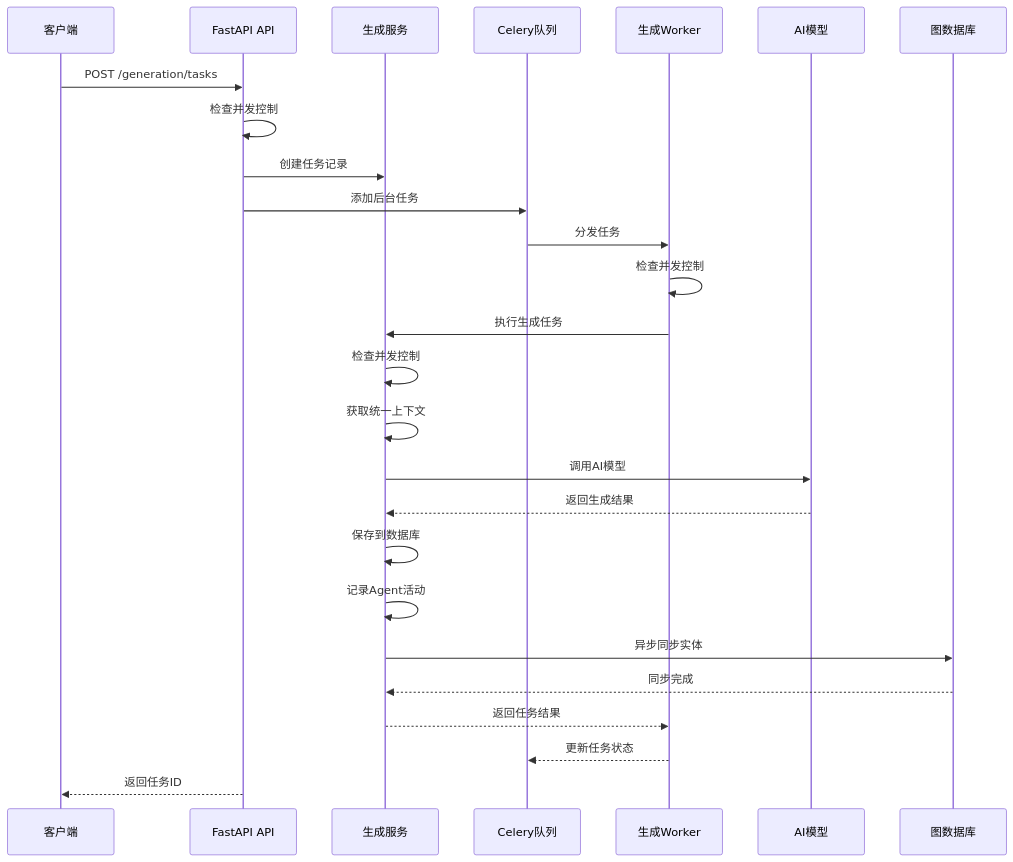
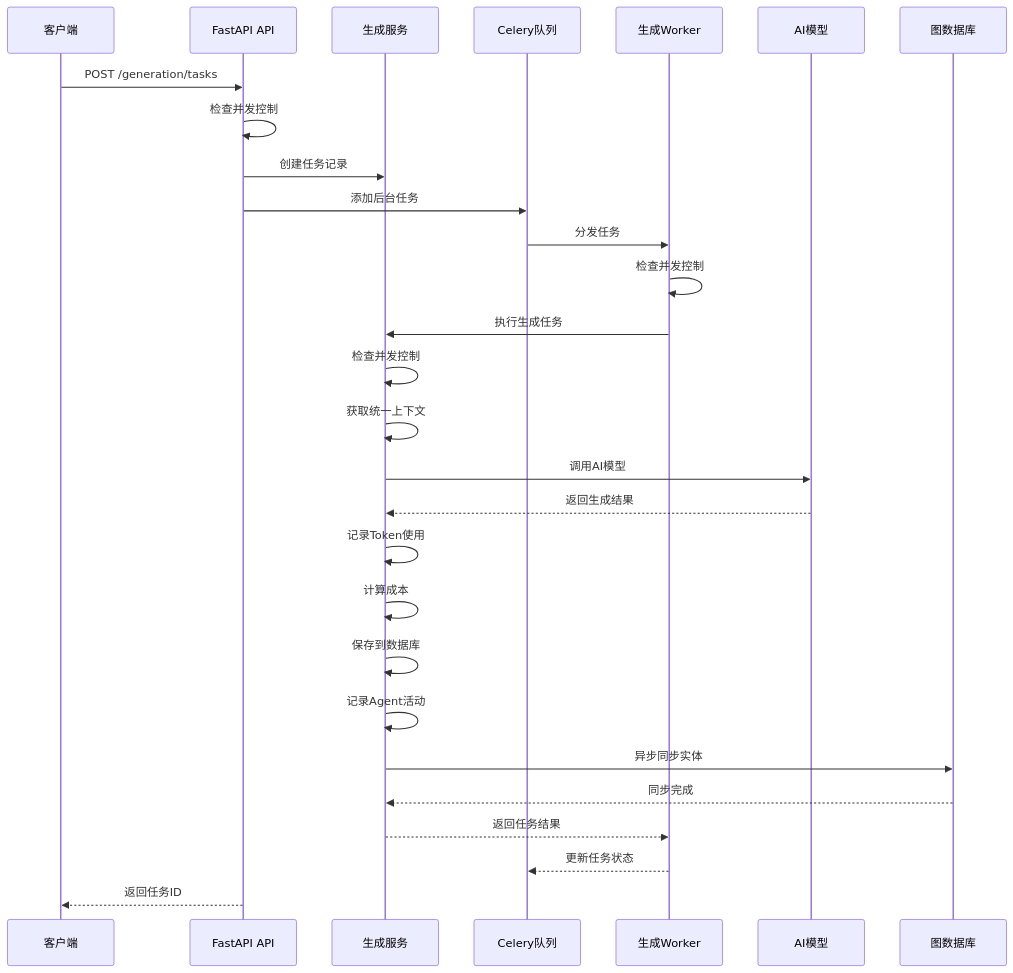
The fourth of 22 diagrams in .qoder/repowiki/zh/content/Generation Service.md (xfbyxq/ai-novel-system), drawn with Mermaid before and after one commit. The commit also changed other lines of this file and 1 other file, not shown here.

````diff
--- a/.qoder/repowiki/zh/content/Generation Service.md
+++ b/.qoder/repowiki/zh/content/Generation Service.md
@@ -327,28 +426,30 @@
 ```mermaid
 sequenceDiagram
 participant Client as 客户端
 participant API as FastAPI API
 participant Service as 生成服务
 participant Queue as Celery队列
 participant Worker as 生成Worker
 participant LLM as AI模型
 participant GraphDB as 图数据库
 Client->>API : POST /generation/tasks
 API->>API : 检查并发控制
 API->>Service : 创建任务记录
 API->>Queue : 添加后台任务
 Queue->>Worker : 分发任务
 Worker->>Worker : 检查并发控制
 Worker->>Service : 执行生成任务
 Service->>Service : 检查并发控制
 Service->>Service : 获取统一上下文
 Service->>LLM : 调用AI模型
 LLM-->>Service : 返回生成结果
+Service->>Service : 记录Token使用
+Service->>Service : 计算成本
 Service->>Service : 保存到数据库
 Service->>Service : 记录Agent活动
 Service->>GraphDB : 异步同步实体
 GraphDB-->>Service : 同步完成
 Service-->>Worker : 返回任务结果
 Worker-->>Queue : 更新任务状态
 API-->>Client : 返回任务ID
 ```
````
